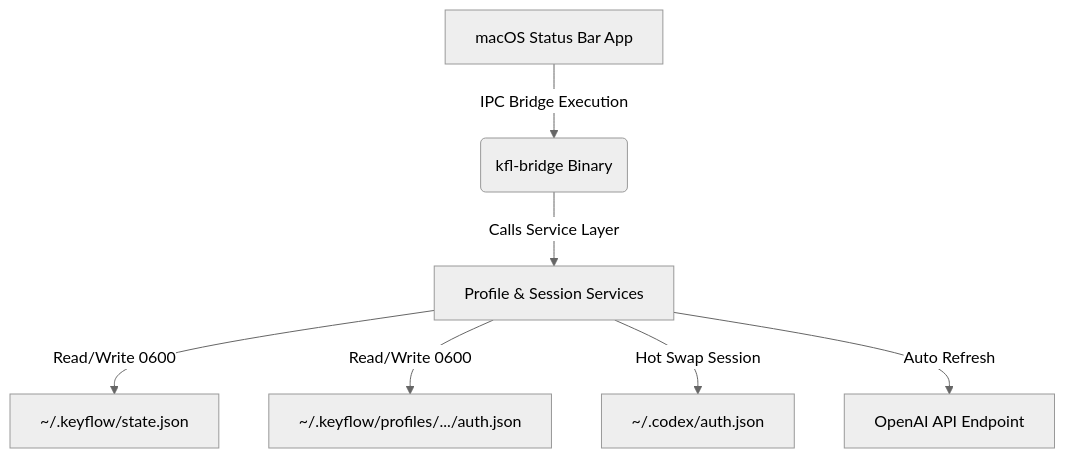
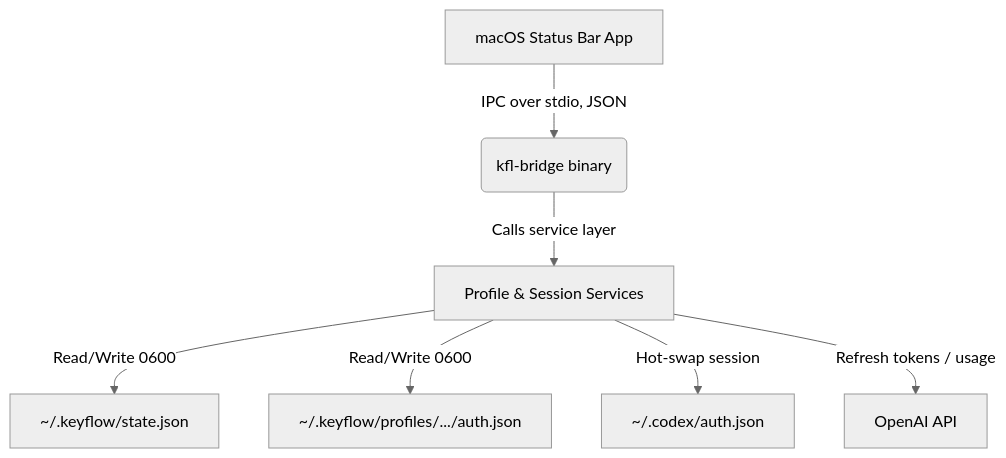
The diagram in README.md (hbui290/keyflow), drawn with Mermaid (neutral theme) before and after one commit. The commit also changed other lines of this file and 3 other files, not shown here.

Commit message:
docs: clean up and align PRODUCT.md architecture descriptions, add RELEASE_v1.0.0.md

````diff
--- a/README.md
+++ b/README.md
@@ -29,9 +32,9 @@
 ```mermaid
 graph TD
-    A[macOS Status Bar App] -->|IPC Bridge Execution| B(kfl-bridge Binary)
-    B -->|Calls Service Layer| C[Profile & Session Services]
+    A[macOS Status Bar App] -->|IPC over stdio, JSON| B(kfl-bridge binary)
+    B -->|Calls service layer| C[Profile & Session Services]
     C -->|Read/Write 0600| D[~/.keyflow/state.json]
     C -->|Read/Write 0600| E[~/.keyflow/profiles/.../auth.json]
-    C -->|Hot Swap Session| F[~/.codex/auth.json]
-    C -->|Auto Refresh | G[OpenAI API Endpoint]
+    C -->|Hot-swap session| F[~/.codex/auth.json]
+    C -->|Refresh tokens / usage| G[OpenAI API]
 ```
````
